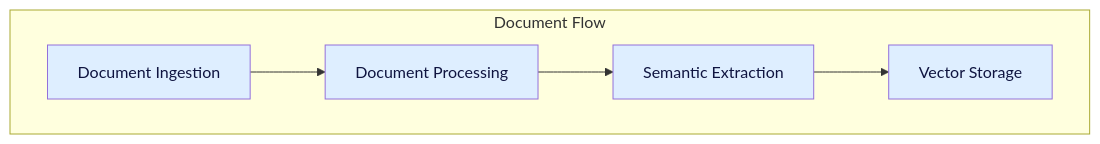
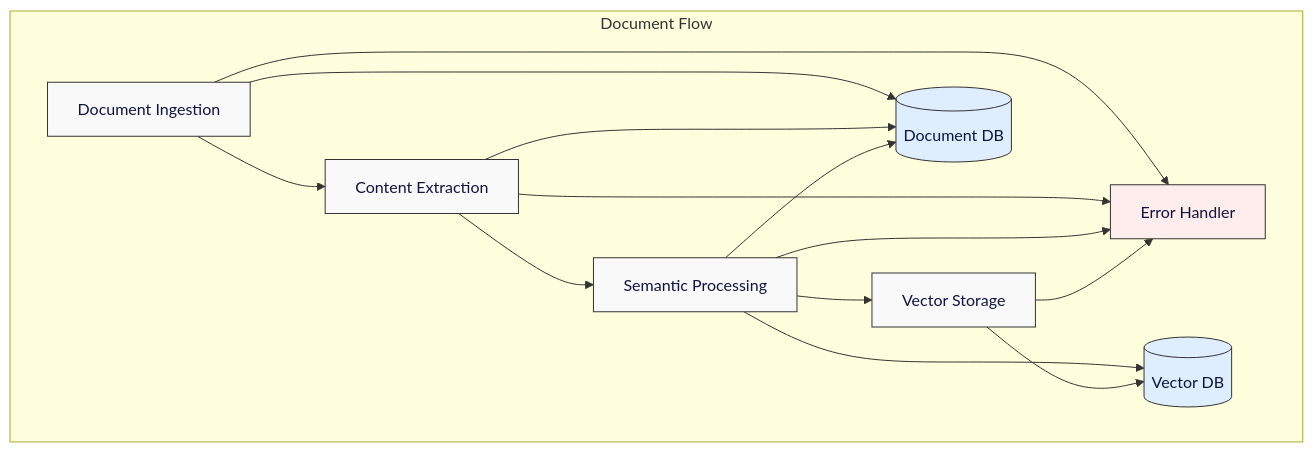
One commit to NicholasGrundl/ragnostic changed the second of 5 diagrams in docs/2_Ragnostic_Project_Plan.md. Above: the diagram before and after it, drawn with Mermaid. The commit also changed other lines of this file and 3 other files, not shown here.

````diff
--- a/docs/2_Ragnostic_Project_Plan.md
+++ b/docs/2_Ragnostic_Project_Plan.md
@@ -53,14 +59,31 @@
 ```mermaid
 flowchart LR
     subgraph Document Flow
         direction LR
-        A[Document Ingestion] --> B[Document Processing]
-        B --> C[Semantic Extraction]
+        A[Document Ingestion] --> B[Content Extraction]
+        B --> C[Semantic Processing]
         C --> D[Vector Storage]
+        
+        %% Add error handling paths
+        A --> E[Error Handler]
+        B --> E
+        C --> E
+        D --> E
+        
+        %% Add database interactions
+        A --> DB[(Document DB)]
+        B --> DB
+        C --> DB
+        C --> VS[(Vector DB)]
+        D --> VS
     end
 
     %% Styling
-    classDef docflow fill:#deeeff,color:#0f1440
+    classDef default fill:#f9f9f9,stroke:#333,color:#0f1440
+    classDef storage fill:#deeeff,stroke:#333,color:#0f1440
+    classDef error fill:#ffecec,stroke:#333,color:#0f1440
     
-    class A,B,C,D docflow
-``` 
+    class A,B,C,D default
+    class DB,VS storage
+    class E error
+```
````
